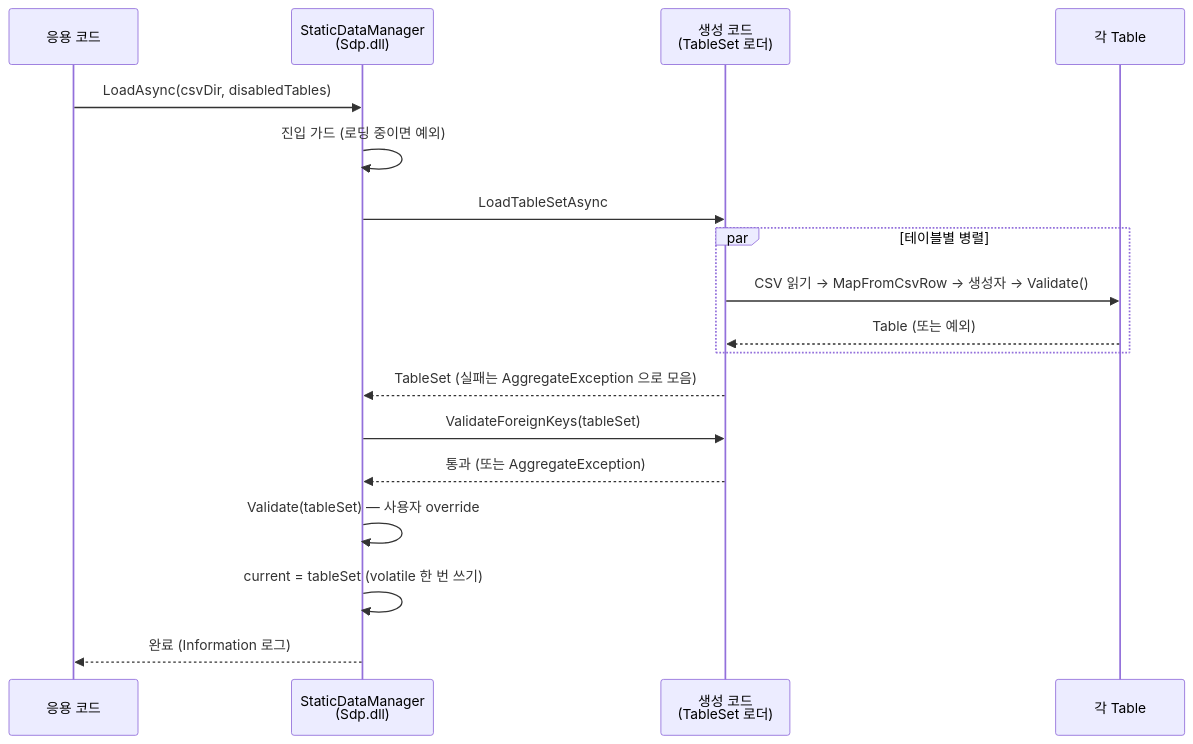
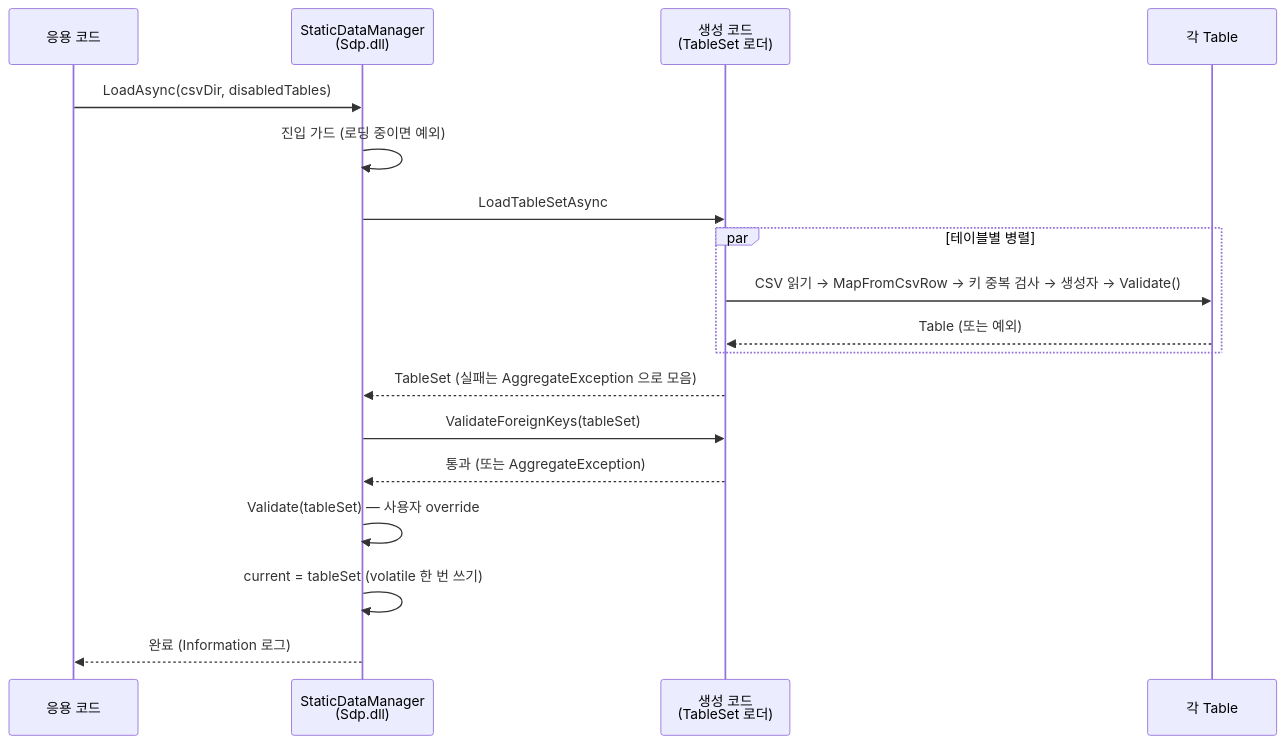
The diagram in Docs/ko/03-usage/05-static-data-manager.md (bluekms/StaticDataPipeline), drawn with Mermaid before and after one commit. The commit also changed other lines of this file and 3 other files, not shown here.

````diff
--- a/Docs/ko/03-usage/05-static-data-manager.md
+++ b/Docs/ko/03-usage/05-static-data-manager.md
@@ -99,20 +99,20 @@
 ```mermaid
 sequenceDiagram
     participant App as 응용 코드
     participant M as StaticDataManager<br/>(Sdp.dll)
     participant G as 생성 코드<br/>(TableSet 로더)
     participant T as 각 Table
     App->>M: LoadAsync(csvDir, disabledTables)
     M->>M: 진입 가드 (로딩 중이면 예외)
     M->>G: LoadTableSetAsync
     par 테이블별 병렬
-        G->>T: CSV 읽기 → MapFromCsvRow → 생성자 → Validate()
+        G->>T: CSV 읽기 → MapFromCsvRow → 키 중복 검사 → 생성자 → Validate()
         T-->>G: Table (또는 예외)
     end
     G-->>M: TableSet (실패는 AggregateException 으로 모음)
     M->>G: ValidateForeignKeys(tableSet)
     G-->>M: 통과 (또는 AggregateException)
     M->>M: Validate(tableSet) — 사용자 override
     M->>M: current = tableSet (volatile 한 번 쓰기)
     M-->>App: 완료 (Information 로그)
 ```
````
